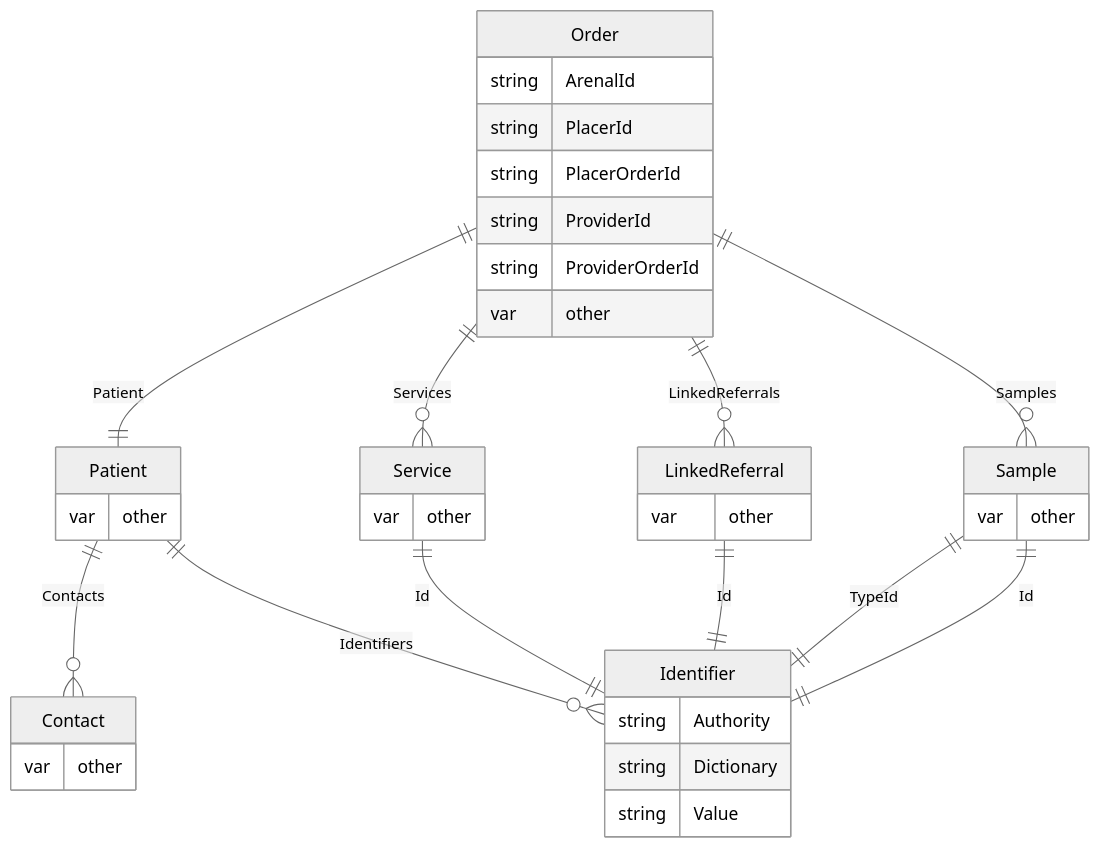
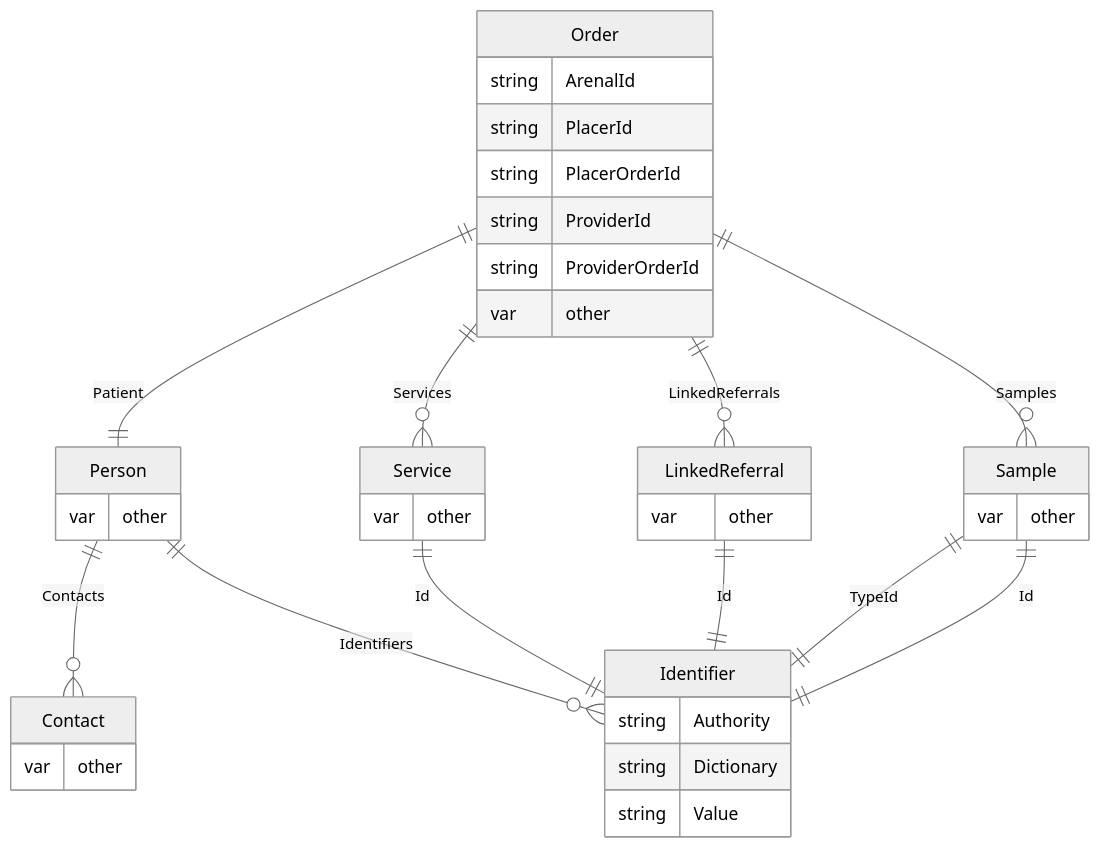
Before and after one commit to SKYWARE-Group/ArenalClient: the diagram in README.md, drawn with Mermaid (neutral theme).

````diff
--- a/README.md
+++ b/README.md
@@ -10,41 +10,41 @@
 ```mermaid
 erDiagram
     Order {
         string ArenalId
         string PlacerId
         string PlacerOrderId
         string ProviderId
         string ProviderOrderId
         var other
     }
     Identifier {
         string Authority
         string Dictionary
         string Value
     }
-    Patient {
+    Person {
         var other
     }
     Service {
         var other
     }
     LinkedReferral {
         var other
     }
     Sample {
         var other
     }
     Contact {
         var other
     }
-    Order ||--|| Patient : Patient
+    Order ||--|| Person : Patient
     Order ||--o{ Service : Services
     Order ||--o{ LinkedReferral : LinkedReferrals
     Order ||--o{ Sample : Samples
     Service ||--|| Identifier : Id
-    Patient ||--o{ Contact : Contacts
-    Patient ||--o{ Identifier : Identifiers
+    Person ||--o{ Contact : Contacts
+    Person ||--o{ Identifier : Identifiers
     LinkedReferral ||--|| Identifier : Id
     Sample ||--|| Identifier : TypeId
     Sample ||--|| Identifier : Id
 ```
````
